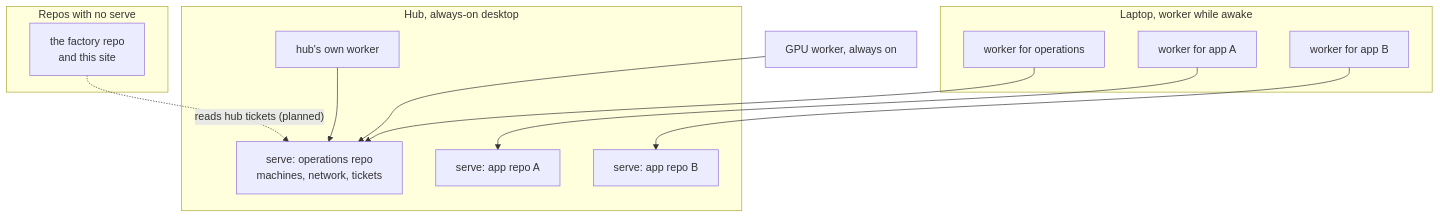
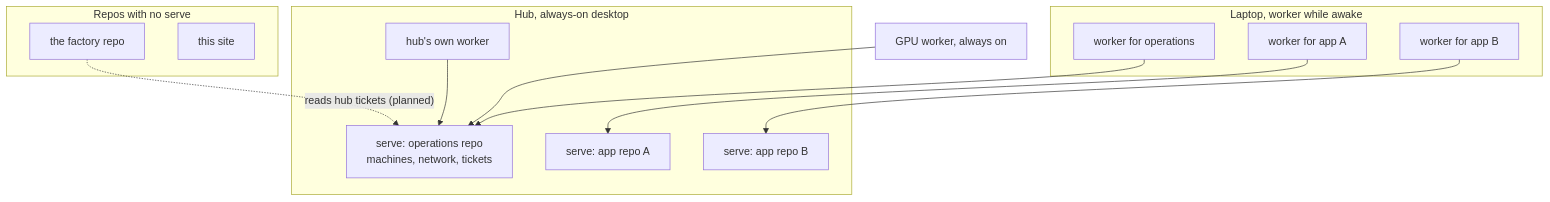
The diagram in content/blog/swamp-serves.md (kagarmoe/kimberly-garmoe-web), drawn with Mermaid before and after one commit. The commit also changed other lines of this file, not shown here.

First line of the commit message:
Blog: the planned ticket link is the factory's alone (devswamp-192)

````diff
--- a/content/blog/swamp-serves.md
+++ b/content/blog/swamp-serves.md
@@ -14,26 +14,27 @@
 ```mermaid
 flowchart TB
   subgraph hub["Hub, always-on desktop"]
     ops["serve: operations repo<br/>machines, network, tickets"]
     appA["serve: app repo A"]
     appB["serve: app repo B"]
     hubworker["hub's own worker"]
   end
   subgraph laptop["Laptop, worker while awake"]
     lops["worker for operations"]
     lappA["worker for app A"]
     lappB["worker for app B"]
   end
   gpu["GPU worker, always on"]
   subgraph local["Repos with no serve"]
-    factory["the factory repo<br/>and this site"]
+    factory["the factory repo"]
+    site["this site"]
   end
 
   %% Keep the dotted edge first: placed after the solid ones, Mermaid 12.3 drew it solid.
   factory -. "reads hub tickets (planned)" .-> ops
   hubworker --> ops
   gpu --> ops
   lops --> ops
   lappA --> appA
   lappB --> appB
 ```
````
